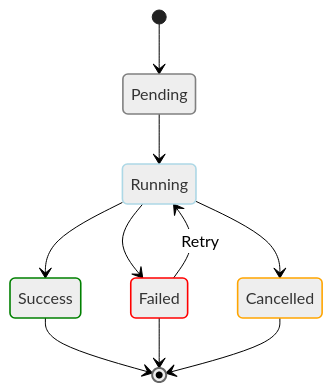
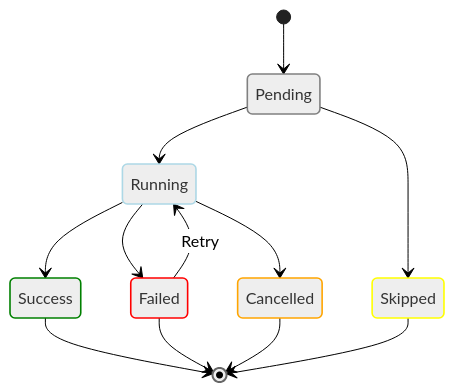
Before and after one commit to dagu-org/dagu: the second of 2 diagrams in docs-next/getting-started/concepts.md, drawn with Mermaid (neutral theme). The commit also changed other lines of this file, not shown here.

````diff
--- a/docs-next/getting-started/concepts.md
+++ b/docs-next/getting-started/concepts.md
@@ -126,24 +126,28 @@
 ```mermaid
 stateDiagram-v2
     [*] --> Pending
     Pending --> Running
+    Pending --> Skipped
     Running --> Success
     Running --> Failed
     Running --> Cancelled
     Failed --> Running: Retry
     Success --> [*]
     Failed --> [*]
     Cancelled --> [*]
+    Skipped --> [*]
     
     classDef pending stroke:gray,stroke-width:1.6px,color:#333
     classDef running stroke:lightblue,stroke-width:1.6px,color:#333
     classDef success stroke:green,stroke-width:1.6px,color:#333
     classDef failed stroke:red,stroke-width:1.6px,color:#333
     classDef cancelled stroke:orange,stroke-width:1.6px,color:#333
+    classDef skipped stroke:yellow,stroke-width:1.6px,color:#333
     
     class Pending pending
     class Running running
     class Success success
     class Failed failed
     class Cancelled cancelled
+    class Skipped skipped
 ```
````
